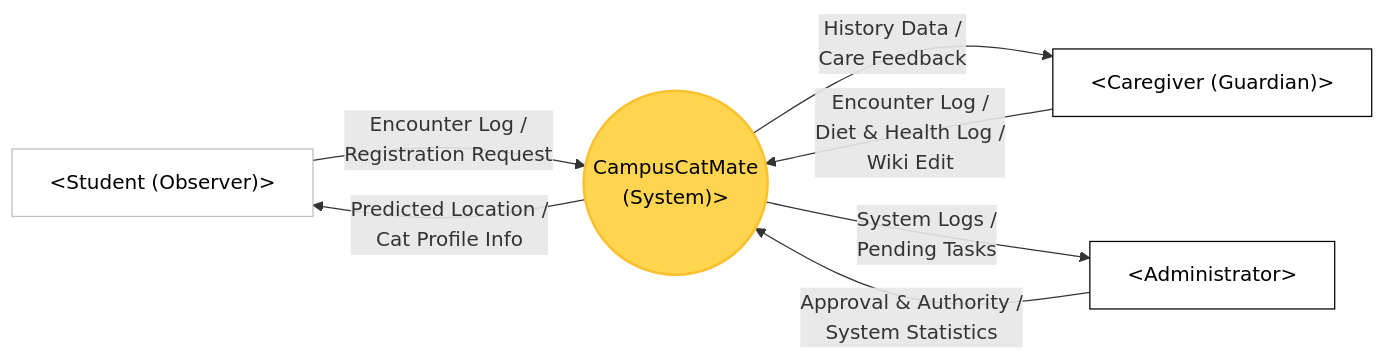
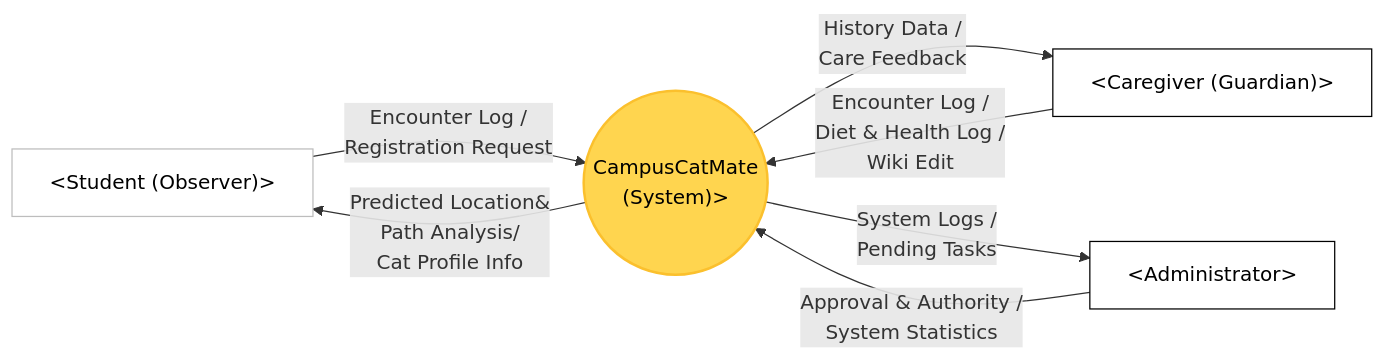
Before and after one commit to Pdar124/OSS_2026: the diagram in OSS_2026/Conceptualization_[22411841_박다래].md, drawn with Mermaid. The commit also changed other lines of this file, not shown here.

Commit message:
docs: update conceptualization to v1.20 with intelligent path logic

````diff
--- a/OSS_2026/Conceptualization_[22411841_박다래].md
+++ b/OSS_2026/Conceptualization_[22411841_박다래].md
@@ -63,27 +64,27 @@
 ```mermaid
 
 graph LR
     %% Actor Definitions
     Student["<<Student (Observer)>Student (Observer)">]
     Caregiver["<<Caregiver (Guardian)>Caregiver (Guardian)">]
     Admin["<<Administrator>Administrator">]
     System(("CampusCatMate<br/>(System)">))
 
     %% Data Inflow (Actors to System)
     Student -- "Encounter Log /<br/>Registration Request" --> System
     Caregiver -- "Encounter Log /
     Diet & Health Log /<br/>Wiki Edit" --> System
     Admin -- "Approval & Authority /<br/>System Statistics" --> System
 
     %% Data Outflow (System to Actors)
-    System -- "Predicted Location /<br/>Cat Profile Info" --> Student
+    System -- "Predicted Location& <br/>Path Analysis/<br/>Cat Profile Info" --> Student
     System -- "History Data /<br/>Care Feedback" --> Caregiver
     System -- "System Logs /<br/>Pending Tasks" --> Admin
 
     %% Styling
     style System fill:#FFD54F,stroke:#FBC02D,stroke-width:2px,color:#000
     style Student fill:#fff,stroke:#bdbdbd,stroke-width:1px,color:#000
     style Caregiver fill:#fff,stroke:#000,stroke-width:1px,color:#000
     style Admin fill:#fff,stroke:#000,stroke-width:1px,color:#000
 
 ```
````
